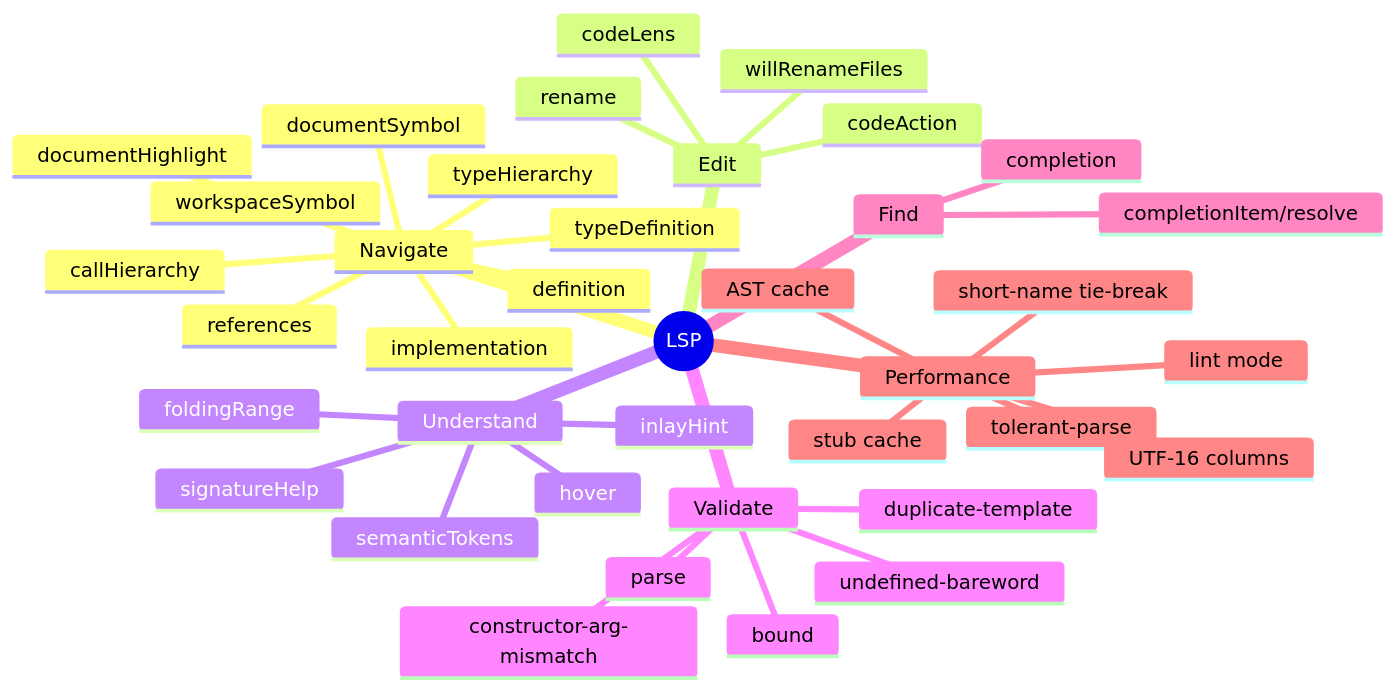
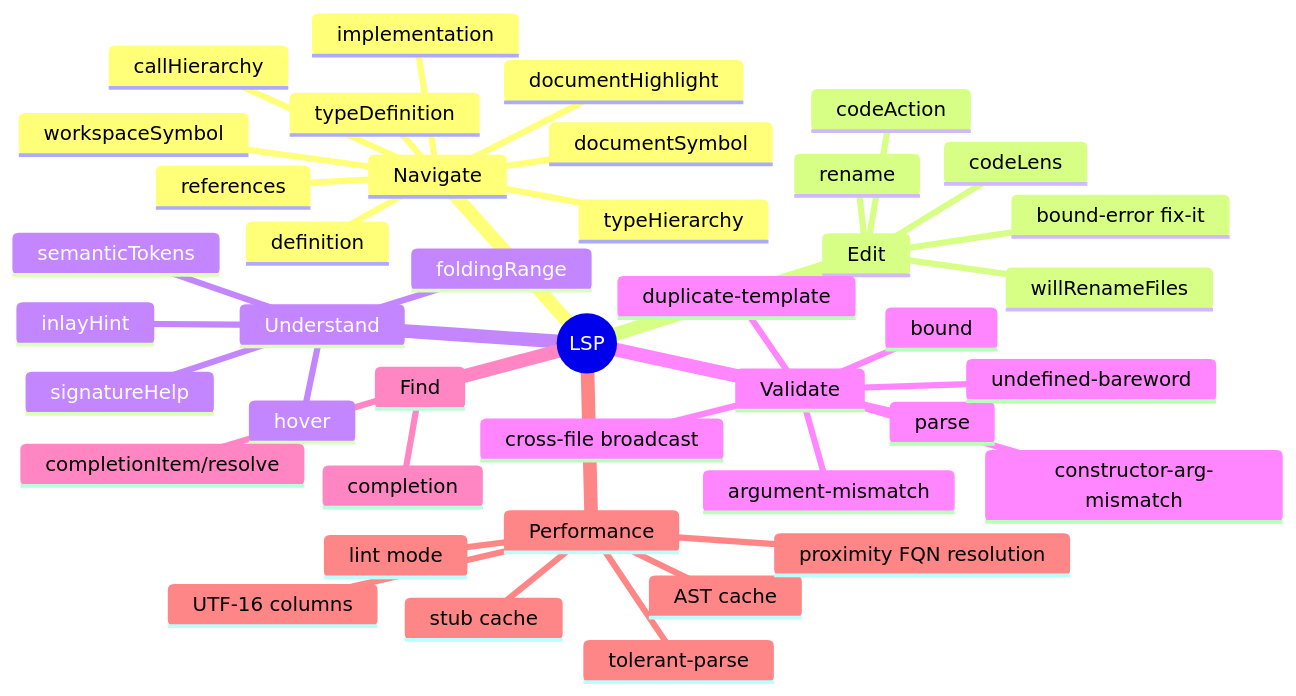
Before and after one commit to xphp-lang/language-server: the diagram in README.md, drawn with Mermaid. The commit also changed 1 other file, not shown here.

Commit message:
docs: sync roadmap + README with shipped features
Three roadmap items shipped on this branch but were still listed as
pending: argument-type checker V2 and cross-file diagnostic broadcast
(Planned) and bound-error fix-its (Exploratory). Move them out of those
sections, refresh the Shipped lane, and add a "Recently shipped" record
that also notes the refinements that landed (proximity-aware FQN
resolution + fixture indexing, constructor usages of `new X()`,
semantic-token interpolation/non-ASCII, document-highlight read/write).
Mirror the same changes in the README overview mindmap.

Planned now holds exactly the still-pending small capabilities
(prepareRename, selectionRange, documentLink).

````diff
--- a/README.md
+++ b/README.md
@@ -46,45 +46,48 @@
 ```mermaid
 ---
 config:
   layout: tidy-tree
 ---
 mindmap
   root((LSP))
     Navigate
       definition
       typeDefinition
       references
       implementation
       callHierarchy
       typeHierarchy
       documentSymbol
       workspaceSymbol
       documentHighlight
     Edit
       rename
       willRenameFiles
       codeAction
+      bound-error fix-it
       codeLens
     Understand
       hover
       signatureHelp
       inlayHint
       foldingRange
       semanticTokens
     Validate
       parse
       bound
       duplicate-template
       undefined-bareword
       constructor-arg-mismatch
+      argument-mismatch
+      cross-file broadcast
     Find
       completion
       completionItem/resolve
     Performance
       AST cache
       stub cache
       tolerant-parse
       UTF-16 columns
-      short-name tie-break
+      proximity FQN resolution
       lint mode
 ```
````
